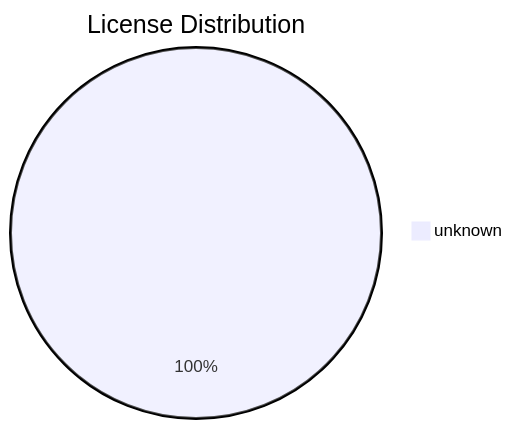
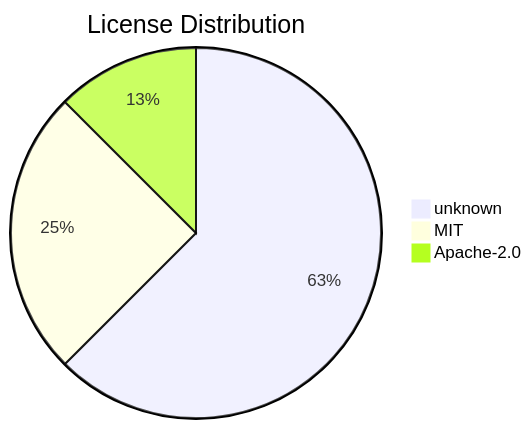
The diagram in .shipwright/compliance/sbom.md (svenroth-ai/shipwright), drawn with Mermaid before and after one commit. The commit also changed other lines of this file and 14 other files, not shown here.

````diff
--- a/.shipwright/compliance/sbom.md
+++ b/.shipwright/compliance/sbom.md
@@ -17,4 +17,6 @@
 ```mermaid
 pie title License Distribution
-    "unknown" : 8
+    "unknown" : 5
+    "MIT" : 2
+    "Apache-2.0" : 1
 ```
````
